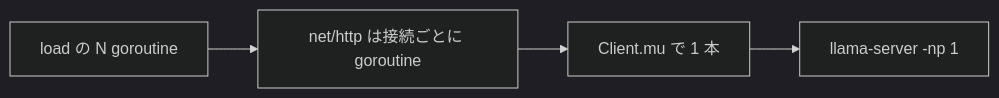
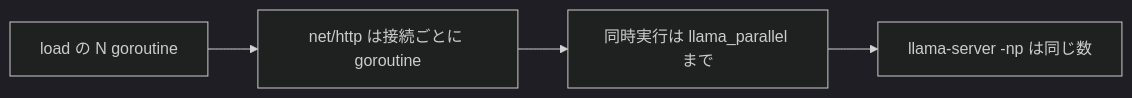
One commit to axsh/openjev changed the diagram in prompts/phases/000-foundation/branches/main/ideas/002-DecisionLoad.md. Above: the diagram before and after it, drawn with Mermaid (dark theme). The commit also changed other lines of this file, not shown here.

````diff
--- a/prompts/phases/000-foundation/branches/main/ideas/002-DecisionLoad.md
+++ b/prompts/phases/000-foundation/branches/main/ideas/002-DecisionLoad.md
@@ -100,6 +107,6 @@
 ```mermaid
 flowchart LR
   CLI["load の N goroutine"] --> Huma["net/http は接続ごとに goroutine"]
-  Huma --> Mu["Client.mu で 1 本"]
-  Mu --> Llama["llama-server -np 1"]
+  Huma --> Sem["同時実行は llama_parallel まで"]
+  Sem --> Llama["llama-server -np は同じ数"]
 ```
````
